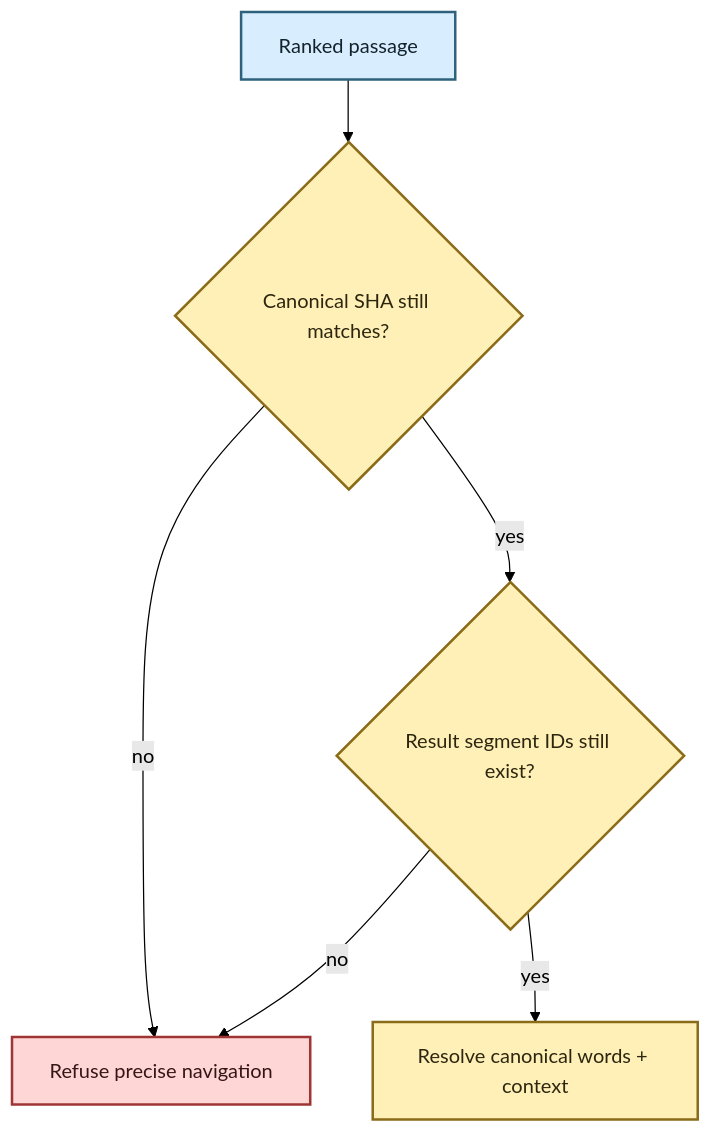
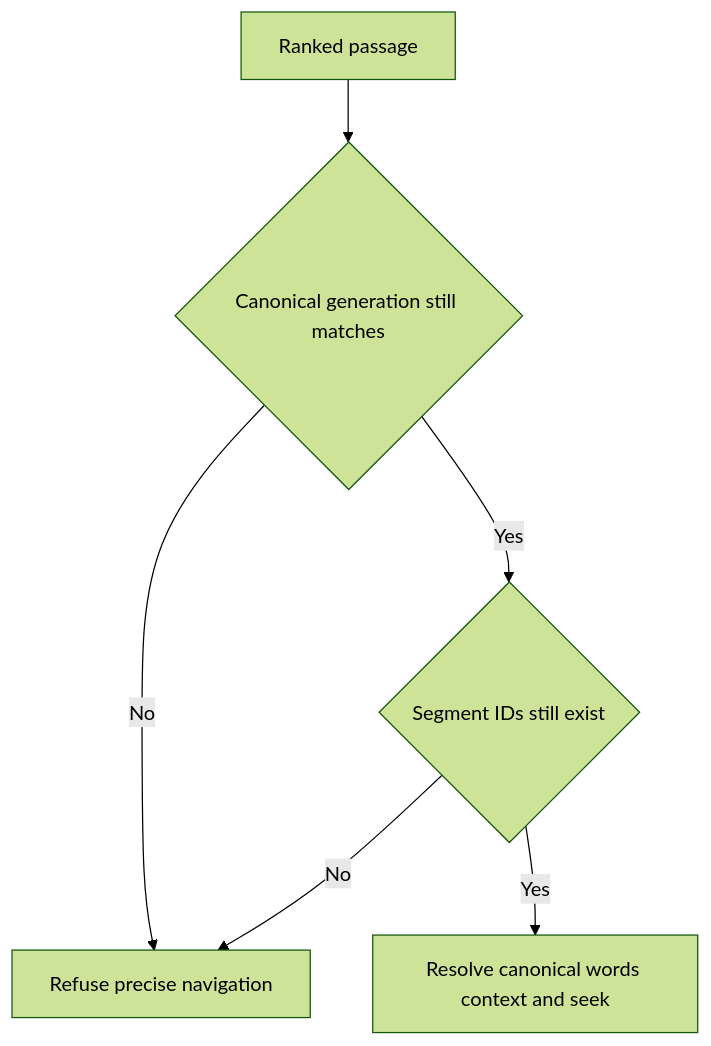
Before and after one commit to SSD1805/EchoFlow: the second of 2 diagrams in docs/architecture/corpus-search.md, drawn with Mermaid (forest theme). The commit also changed other lines of this file, not shown here.

````diff
--- a/docs/architecture/corpus-search.md
+++ b/docs/architecture/corpus-search.md
@@ -108,16 +100,8 @@
 ```mermaid
 flowchart TD
-    A[Ranked passage] --> B{Canonical SHA still matches?}
-    B -->|no| X[Refuse precise navigation]
-    B -->|yes| C{Result segment IDs still exist?}
-    C -->|no| X
-    C -->|yes| D[Resolve canonical words + context]
-
-    classDef result fill:#D8EEFF,stroke:#2E617B,stroke-width:2px,color:#12222A
-    classDef evidence fill:#FFF0B8,stroke:#8A6B18,stroke-width:2px,color:#2C260F
-    classDef stop fill:#FFD6D6,stroke:#9E3434,stroke-width:2px,color:#351616
-
-    class A result
-    class B,C,D evidence
-    class X stop
+    A[Ranked passage] --> B{Canonical generation still matches}
+    B -->|No| C[Refuse precise navigation]
+    B -->|Yes| D{Segment IDs still exist}
+    D -->|No| C
+    D -->|Yes| E[Resolve canonical words context and seek]
 ```
````
